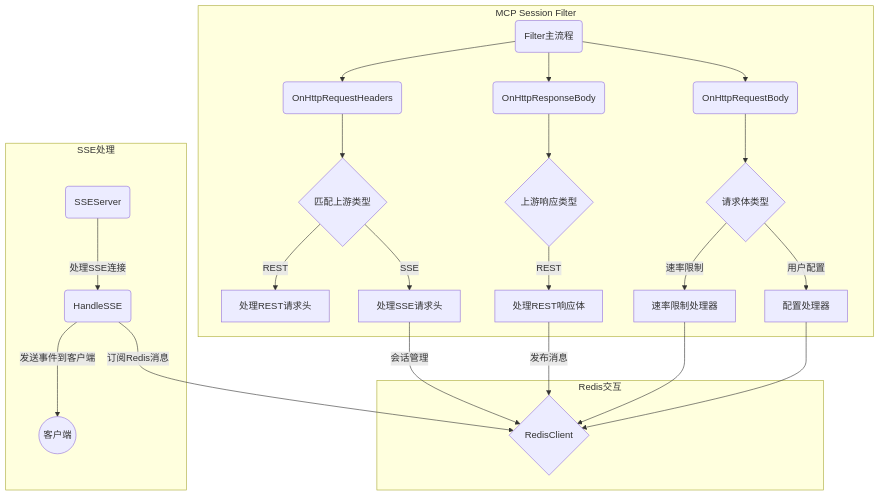
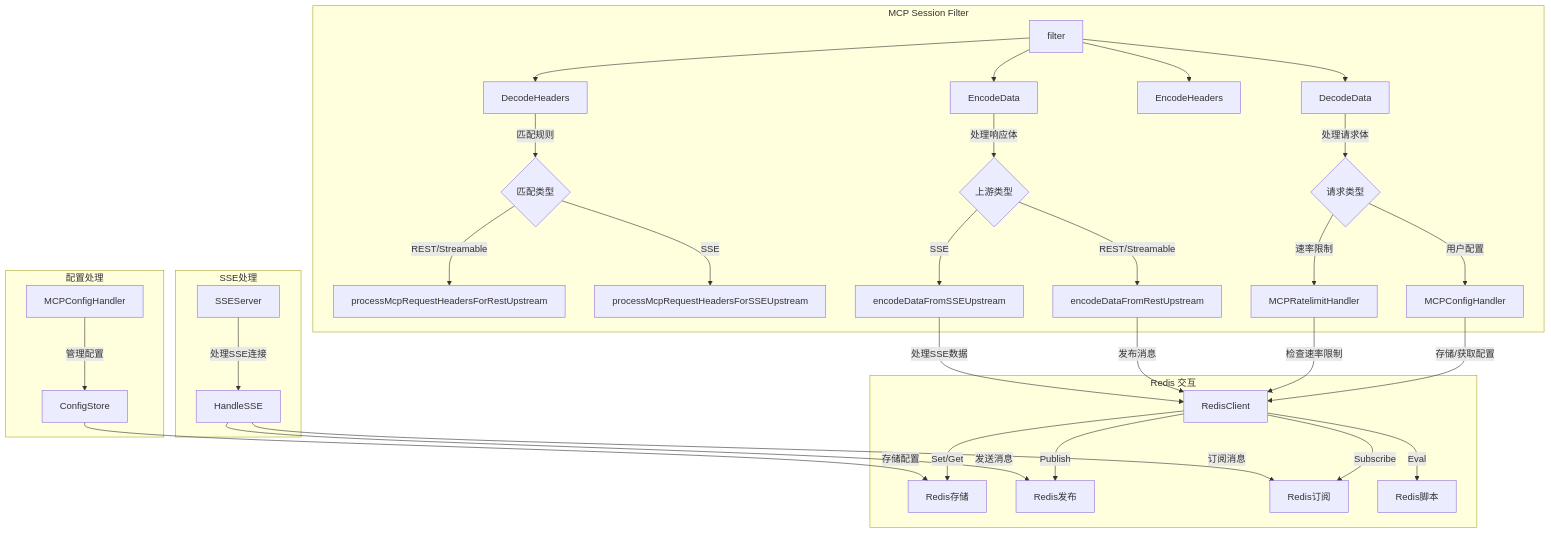
One commit to Similarityoung/Obisidian-Open changed the diagram in Dubbo/Dubbo-go-Pixiu ai 方向路线.md. Above: the diagram before and after it, drawn with Mermaid. The commit also changed other lines of this file, not shown here.

Commit message:
vault backup: 2025-06-06 20:21:31

````diff
--- a/Dubbo/Dubbo-go-Pixiu ai 方向路线.md
+++ b/Dubbo/Dubbo-go-Pixiu ai 方向路线.md
@@ -71,32 +71,44 @@
 ```mermaid
 graph TD
-    subgraph MCP Session Filter
-        A(Filter主流程) --> B(OnHttpRequestHeaders)
-        A --> C(OnHttpRequestBody)
-        A --> E(OnHttpResponseBody)
+    subgraph "MCP Session Filter"
+        A[filter] --> B[DecodeHeaders]
+        A --> C[DecodeData]
+        A --> D[EncodeHeaders]
+        A --> E[EncodeData]
 
-        B --> F{匹配上游类型}
-        F -- REST --> G[处理REST请求头]
-        F -- SSE --> H[处理SSE请求头]
+        B -->|匹配规则| F{匹配类型}
+        F -->|REST/Streamable| G[processMcpRequestHeadersForRestUpstream]
+        F -->|SSE| H[processMcpRequestHeadersForSSEUpstream]
 
-        C --> I{请求体类型}
-        I -- 用户配置 --> J[配置处理器]
-        I -- 速率限制 --> K[速率限制处理器]
+        C -->|处理请求体| I{请求类型}
+        I -->|用户配置| J[MCPConfigHandler]
+        I -->|速率限制| K[MCPRatelimitHandler]
 
-        E --> L{上游响应类型}
-        L -- REST --> M[处理REST响应体]
+        E -->|处理响应体| L{上游类型}
+        L -->|REST/Streamable| M[encodeDataFromRestUpstream]
+        L -->|SSE| N[encodeDataFromSSEUpstream]
     end
 
-    subgraph Redis交互
-        J --> O{RedisClient}
-        K --> O
-        M -- 发布消息 --> O
-        H -- 会话管理 --> O
+    subgraph "Redis 交互"
+        J -->|存储/获取配置| O[RedisClient]
+        K -->|检查速率限制| O
+        M -->|发布消息| O
+        N -->|处理SSE数据| O
+
+        O -->|Set/Get| P[Redis存储]
+        O -->|Publish| Q[Redis发布]
+        O -->|Subscribe| R[Redis订阅]
+        O -->|Eval| S[Redis脚本]
     end
 
-    subgraph SSE处理
-        V(SSEServer) -- 处理SSE连接 --> W(HandleSSE)
-        W -- 订阅Redis消息 --> O
-        W -- 发送事件到客户端 --> Z((客户端))
+    subgraph "配置处理"
+        T[ConfigStore] -->|存储配置| P
+        U[MCPConfigHandler] -->|管理配置| T
+    end
+
+    subgraph "SSE处理"
+        V[SSEServer] -->|处理SSE连接| W[HandleSSE]
+        W -->|订阅消息| R
+        W -->|发送消息| Q
     end
 ```
````
